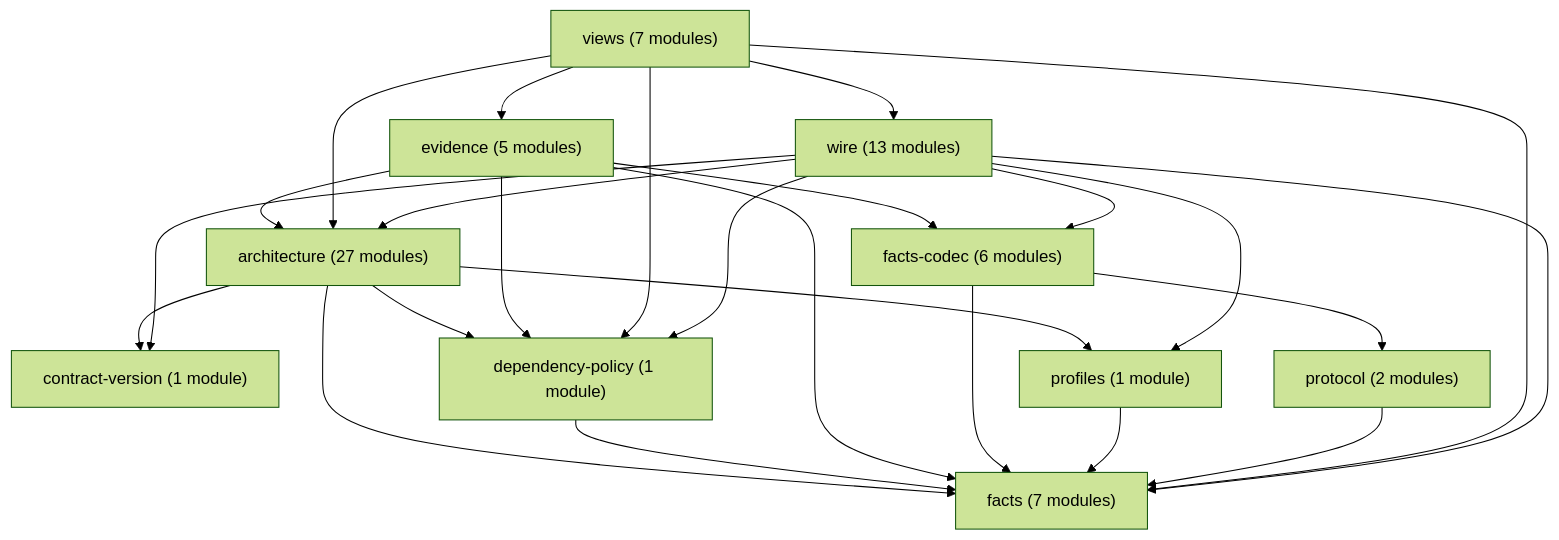
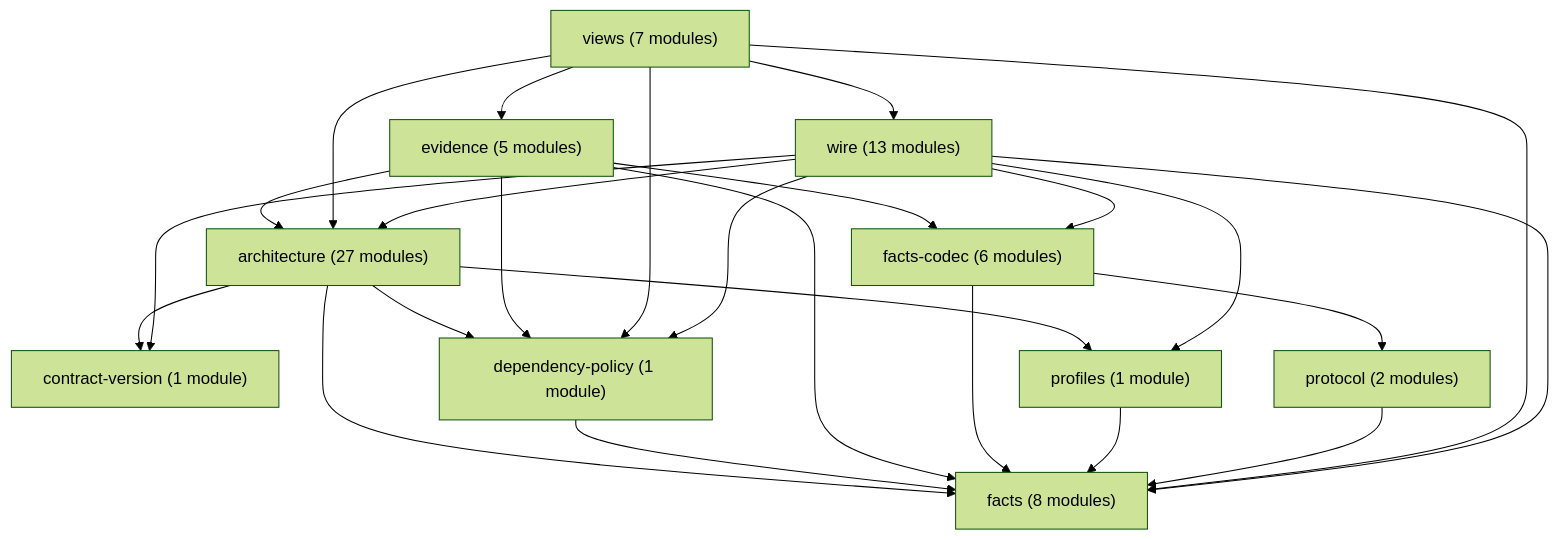
Before and after one commit to rapiddweller/archkeel: the diagram in docs/architecture/ir-owners.md, drawn with Mermaid (forest theme). The commit also changed other lines of this file and 8 other files, not shown here.

First line of the commit message:
Publish the Rust profile in the schemas and read a Git snapshot of a Rust scan

````diff
--- a/docs/architecture/ir-owners.md
+++ b/docs/architecture/ir-owners.md
@@ -35,37 +35,37 @@
 ```mermaid
 graph TD
     n_0["architecture (27 modules)"]
     n_1["contract-version (1 module)"]
     n_2["dependency-policy (1 module)"]
     n_3["evidence (5 modules)"]
-    n_4["facts (7 modules)"]
+    n_4["facts (8 modules)"]
     n_5["facts-codec (6 modules)"]
     n_6["profiles (1 module)"]
     n_7["protocol (2 modules)"]
     n_8["views (7 modules)"]
     n_9["wire (13 modules)"]
     n_0 --> n_1
     n_0 --> n_2
     n_0 --> n_4
     n_0 --> n_6
     n_2 --> n_4
     n_3 --> n_0
     n_3 --> n_2
     n_3 --> n_4
     n_3 --> n_5
     n_5 --> n_4
     n_5 --> n_7
     n_6 --> n_4
     n_7 --> n_4
     n_8 --> n_0
     n_8 --> n_2
     n_8 --> n_3
     n_8 --> n_4
     n_8 --> n_9
     n_9 --> n_0
     n_9 --> n_1
     n_9 --> n_2
     n_9 --> n_4
     n_9 --> n_5
     n_9 --> n_6
 ```
````
